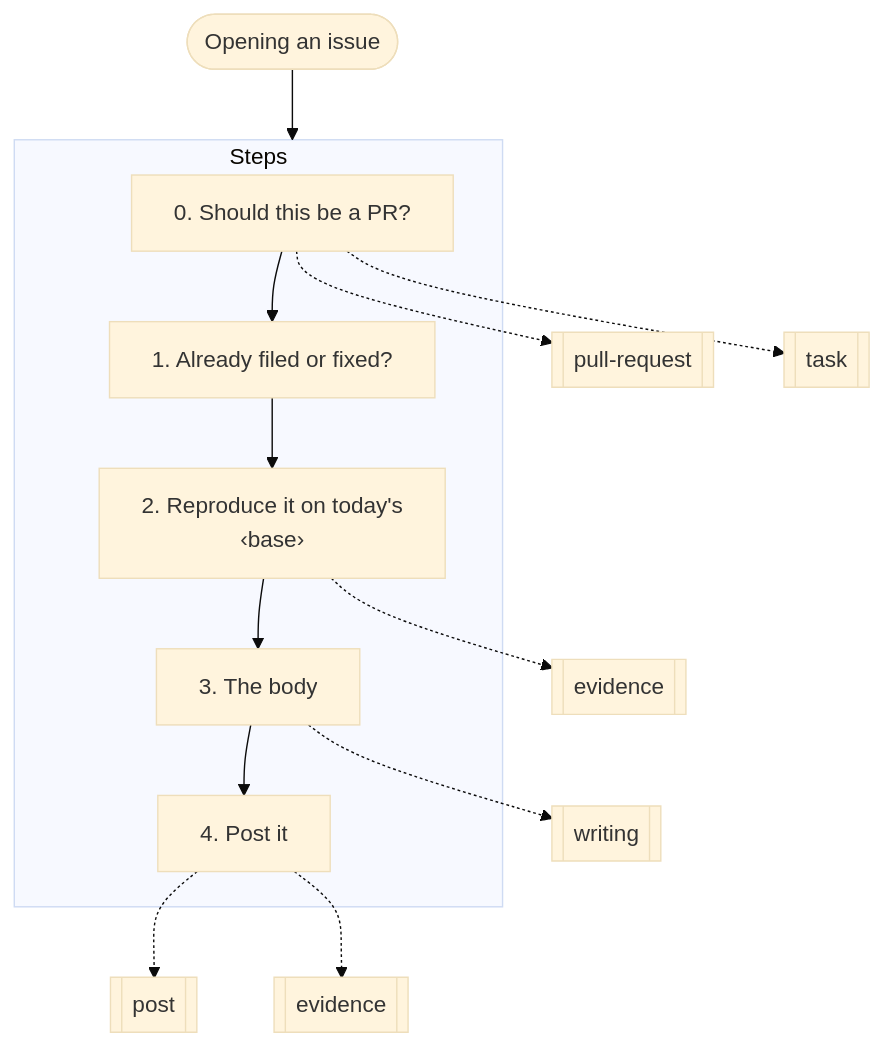
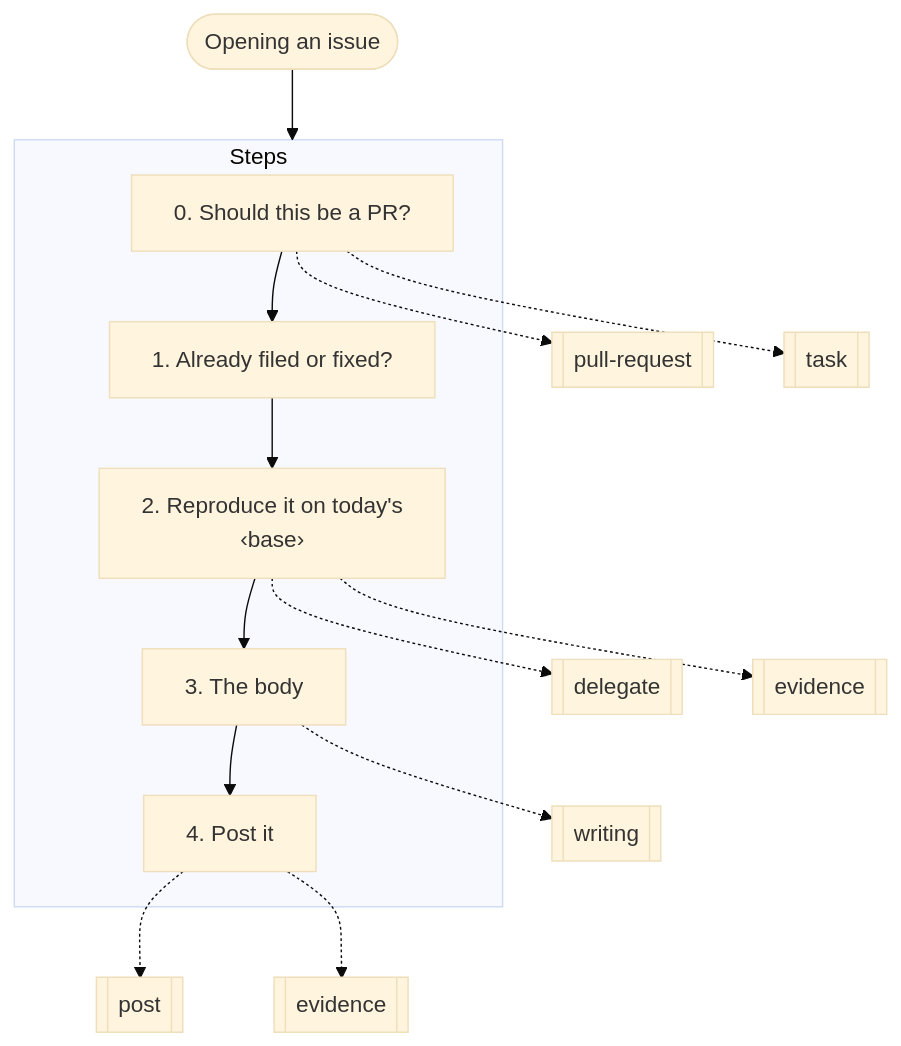
One commit to nitedani-agent/mergeworthy changed the sixth of 19 diagrams in docs/graphs.md. Above: the diagram before and after it, drawn with Mermaid (base theme). The commit also changed other lines of this file and 11 other files, not shown here.

````diff
--- a/docs/graphs.md
+++ b/docs/graphs.md
@@ -157,22 +157,23 @@
 ```mermaid
 flowchart TB
   start(["Opening an issue"])
   subgraph g0["Steps"]
     s0["0. Should this be a PR?"]
     s1["1. Already filed or fixed?"]
     s0 --> s1
     s2["2. Reproduce it on today's<br/>‹base›"]
     s1 --> s2
     s3["3. The body"]
     s2 --> s3
     s4["4. Post it"]
     s3 --> s4
   end
   s0 -.-> r1[["pull-request"]]
   s0 -.-> r2[["task"]]
-  s2 -.-> r3[["evidence"]]
-  s3 -.-> r4[["writing"]]
-  s4 -.-> r5[["post"]]
-  s4 -.-> r6[["evidence"]]
+  s2 -.-> r3[["delegate"]]
+  s2 -.-> r4[["evidence"]]
+  s3 -.-> r5[["writing"]]
+  s4 -.-> r6[["post"]]
+  s4 -.-> r7[["evidence"]]
   start --> g0
 ```
````
